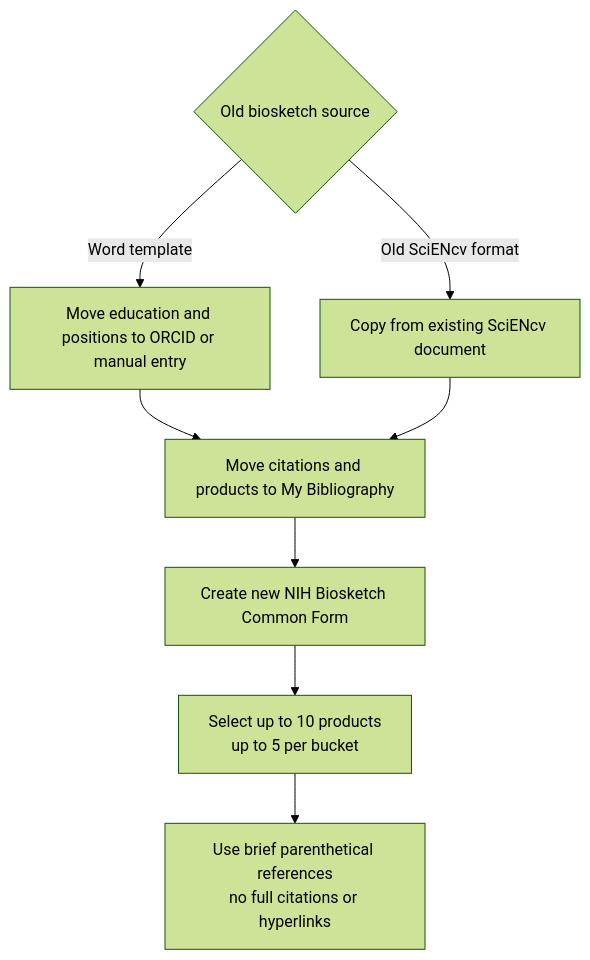
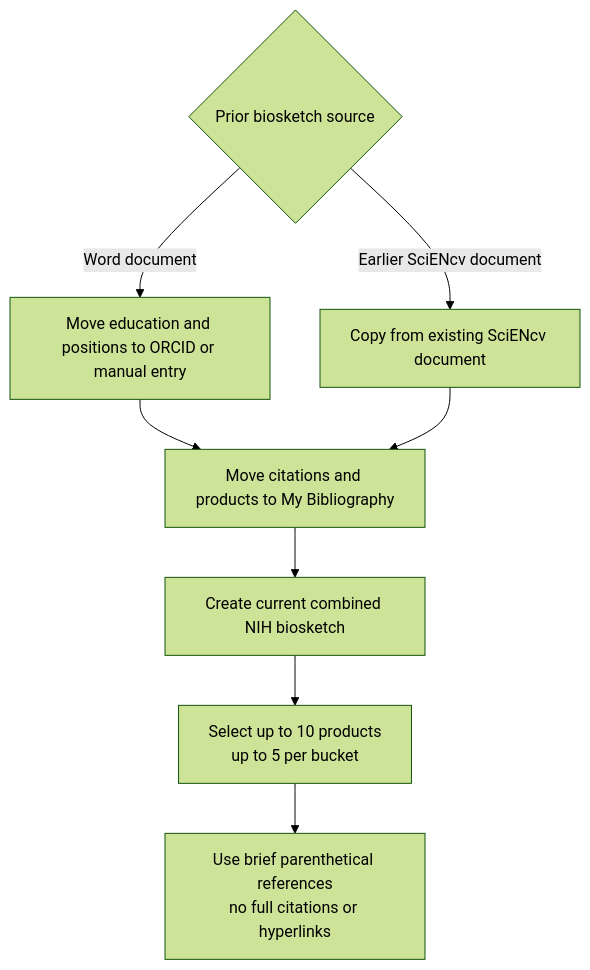
Before and after one commit to FritscheLab/nih-sciencv-playbook: the diagram in docs/biosketch/transition-from-old.md, drawn with Mermaid (forest theme). The commit also changed other lines of this file and 60 other files, not shown here.

````diff
--- a/docs/biosketch/transition-from-old.md
+++ b/docs/biosketch/transition-from-old.md
@@ -24,12 +26,12 @@
 ```mermaid
 flowchart TD
-    accTitle: Old biosketch transition path
-    accDescr: Legacy Word and older SciENcv biosketch content moves into upstream data sources and the new Common Form document.
-    A{"Old biosketch source"} -- "Word template" --> B["Move education and positions to ORCID or manual entry"]
-    A -- "Old SciENcv format" --> C["Copy from existing SciENcv document"]
+    accTitle: Reuse prior biosketch content
+    accDescr: Content from a Word document or earlier SciENcv biosketch can seed the current combined biosketch while structured data moves to its reusable sources.
+    A{"Prior biosketch source"} -- "Word document" --> B["Move education and positions to ORCID or manual entry"]
+    A -- "Earlier SciENcv document" --> C["Copy from existing SciENcv document"]
     B --> D["Move citations and products to My Bibliography"]
     C --> D
-    D --> E["Create new NIH Biosketch Common Form"]
+    D --> E["Create current combined NIH biosketch"]
     E --> F["Select up to 10 products<br/>up to 5 per bucket"]
     F --> G["Use brief parenthetical references<br/>no full citations or hyperlinks"]
 ```
````
